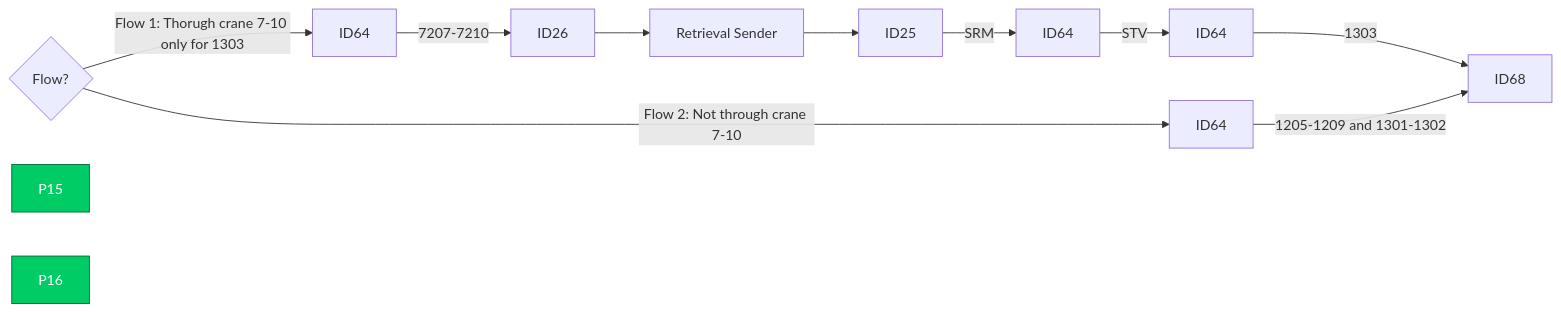
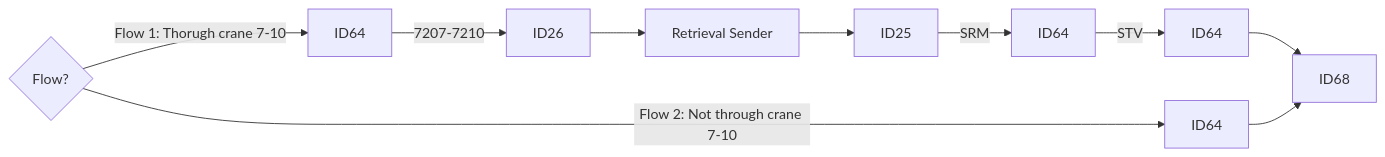
One commit to luthfiadityaa/SimeDarby-Wiki changed the second of 4 diagrams in Basic-Design/DFD-WMS/Retrieval/QC-Setting/Retrieval-for-QC-Start.md. Above: the diagram before and after it, drawn with Mermaid.

Commit message:
Updated Retrieval for QC Start

```diff
--- a/Basic-Design/DFD-WMS/Retrieval/QC-Setting/Retrieval-for-QC-Start.md
+++ b/Basic-Design/DFD-WMS/Retrieval/QC-Setting/Retrieval-for-QC-Start.md
@@ -17,13 +17,8 @@
 ::: mermaid
 flowchart LR
 
 Cond1{Flow?} 
 
-Cond1{Flow?}--> |Flow 1: Thorugh crane 7-10 only for 1303| P5[ID64]--> |7207-7210| P8[ID26]-->P9[Retrieval Sender]-->P10[ID25]--> |SRM| P11[ID64]--> |STV| P12[ID64]--> |1303| P7[ID68]
-Cond1{Flow?}--> |Flow 2: Not through crane 7-10| P6[ID64]--> |1205-1209 and 1301-1302| P7[ID68]
-
-click P15 "https://dev.azure.com/Daifuku-SW/ID_SimeDarbyPlantation/_wiki/wikis/ID_SimeDarbyPlantation.wiki/948/Unplanned-Storage-from-HP" "Go to HP"
-click P16 "https://dev.azure.com/Daifuku-SW/ID_SimeDarbyPlantation/_wiki/wikis/ID_SimeDarbyPlantation.wiki/880/Unplanned-Storage-from-OP-Area" "Go to OP"
-style P15 fill:#00cc66,stroke:#006633,color:#ffffff
-style P16 fill:#00cc66,stroke:#006633,color:#ffffff
+Cond1{Flow?}--> |Flow 1: Thorugh crane 7-10| P5[ID64]--> |7207-7210| P8[ID26]-->P9[Retrieval Sender]-->P10[ID25]--> |SRM| P11[ID64]--> |STV| P12[ID64]--> P7[ID68]
+Cond1{Flow?}--> |Flow 2: Not through crane 7-10| P6[ID64]--> P7[ID68]
 :::
```
